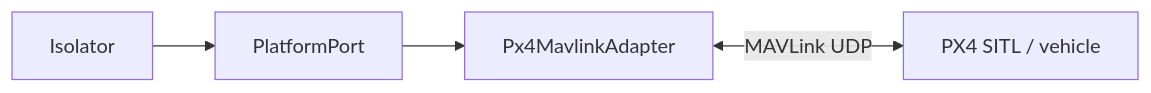
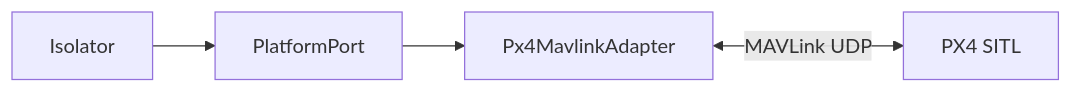
One commit to OpenAutonomy/open-vi changed the first of 2 diagrams in docs/PX4.md. Above: the diagram before and after it, drawn with Mermaid. The commit also changed other lines of this file and 22 other files, not shown here.

````diff
--- a/docs/PX4.md
+++ b/docs/PX4.md
@@ -13,11 +8,11 @@
 ```mermaid
 flowchart LR
   Iso["Isolator"]
   Port["PlatformPort"]
   Px4["Px4MavlinkAdapter"]
-  SITL["PX4 SITL / vehicle"]
+  SITL["PX4 SITL"]
 
   Iso --> Port
   Port --> Px4
   Px4 <-->|"MAVLink UDP"| SITL
 ```
````
